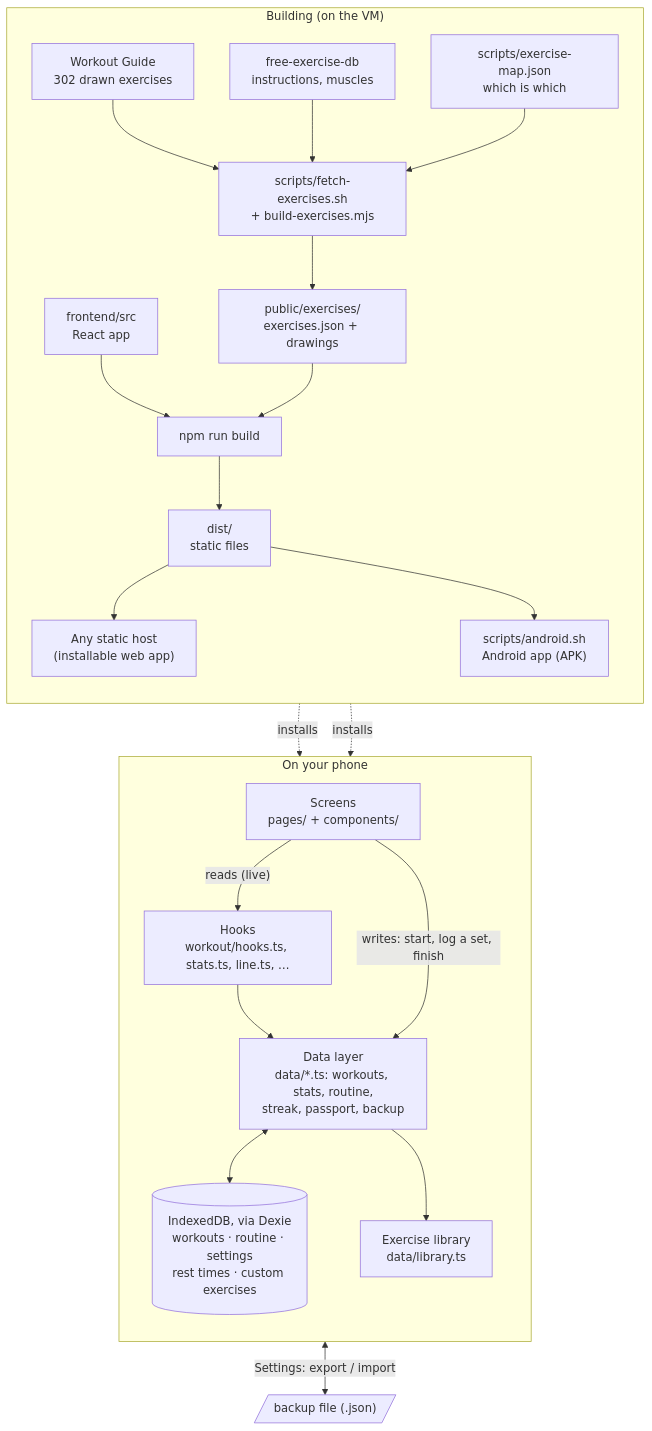
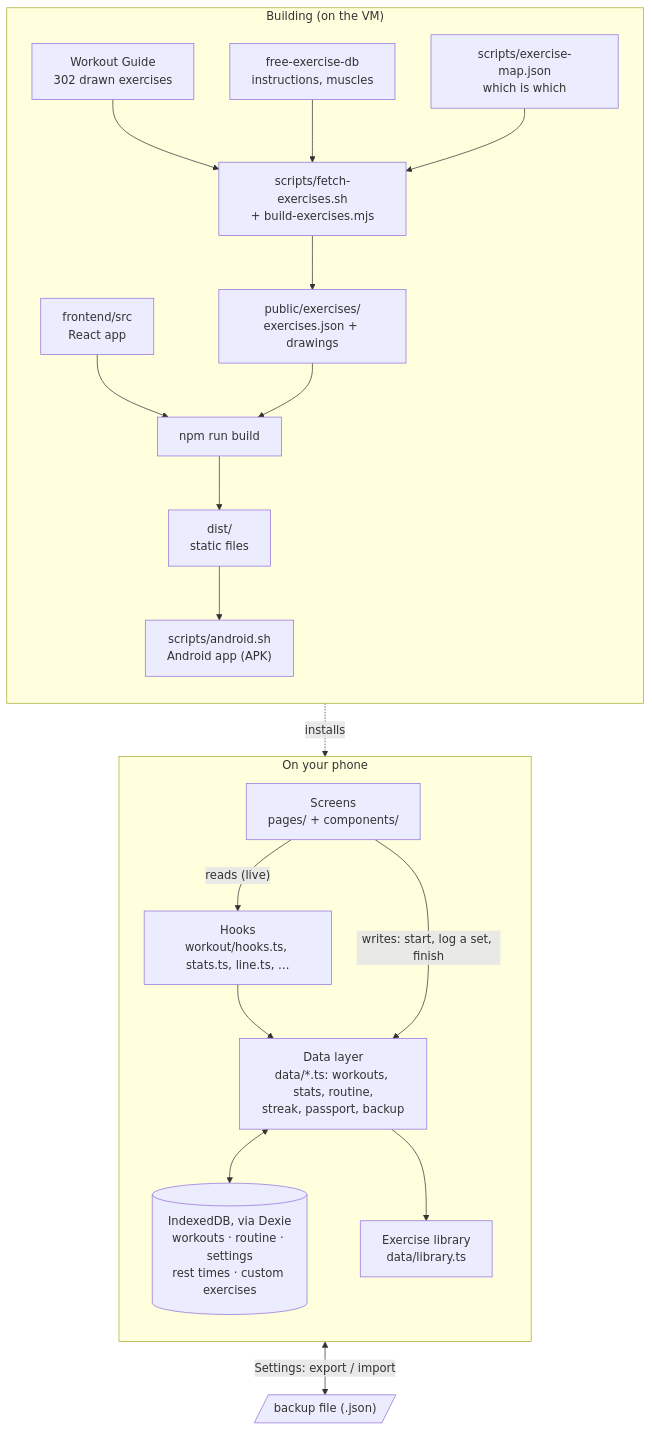
The first of 3 diagrams in docs/how-it-works.md (Wijnandvdm/gains-train), drawn with Mermaid before and after one commit. The commit also changed other lines of this file and 22 other files, not shown here.

````diff
--- a/docs/how-it-works.md
+++ b/docs/how-it-works.md
@@ -10,33 +11,31 @@
 ```mermaid
 flowchart TB
   subgraph build["Building (on the VM)"]
     direction TB
     WG["Workout Guide<br/>302 drawn exercises"] --> BX["scripts/fetch-exercises.sh<br/>+ build-exercises.mjs"]
     FED["free-exercise-db<br/>instructions, muscles"] --> BX
     MAP["scripts/exercise-map.json<br/>which is which"] --> BX
     BX --> LIB["public/exercises/<br/>exercises.json + drawings"]
     SRC["frontend/src<br/>React app"] --> VITE["npm run build"]
     LIB --> VITE
     VITE --> DIST["dist/<br/>static files"]
-    DIST --> WEB["Any static host<br/>(installable web app)"]
     DIST --> APK["scripts/android.sh<br/>Android app (APK)"]
   end
 
   subgraph phone["On your phone"]
     direction TB
     UI["Screens<br/>pages/ + components/"]
     HOOKS["Hooks<br/>workout/hooks.ts, stats.ts, line.ts, …"]
     DATA["Data layer<br/>data/*.ts: workouts, stats, routine,<br/>streak, passport, backup"]
     DB[("IndexedDB, via Dexie<br/>workouts · routine · settings<br/>rest times · custom exercises")]
     LIBC["Exercise library<br/>data/library.ts"]
     UI -- "reads (live)" --> HOOKS
     HOOKS --> DATA
     UI -- "writes: start, log a set, finish" --> DATA
     DATA <--> DB
     DATA --> LIBC
   end
 
-  WEB -. installs .-> phone
   APK -. installs .-> phone
   DATA <-- "Settings: export / import" --> BACKUP[/"backup file (.json)"/]
 ```
````
